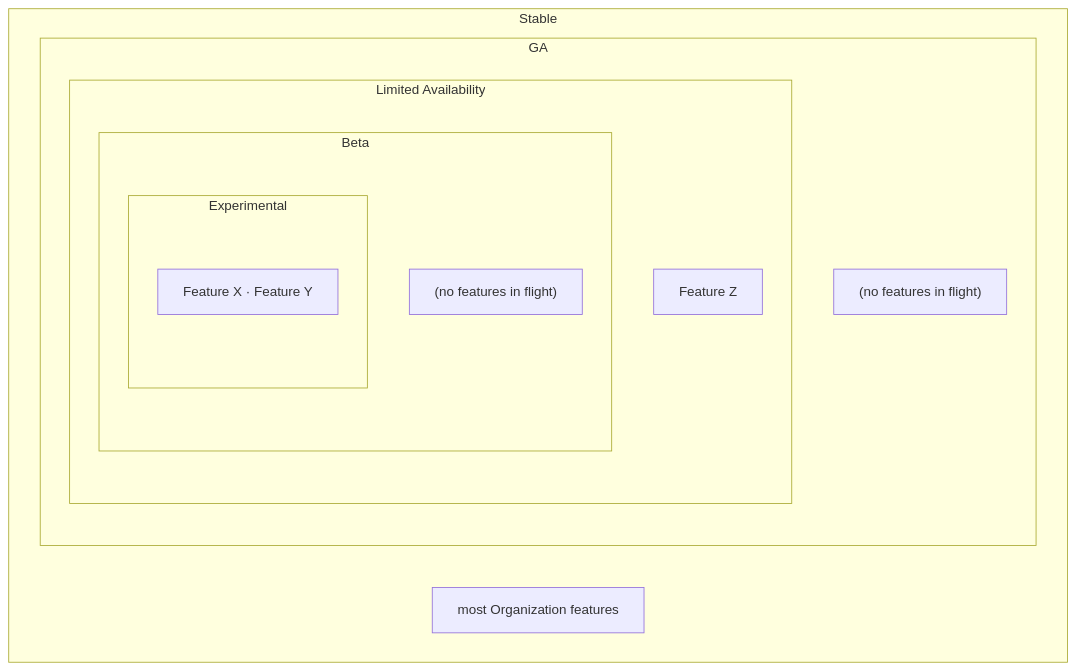
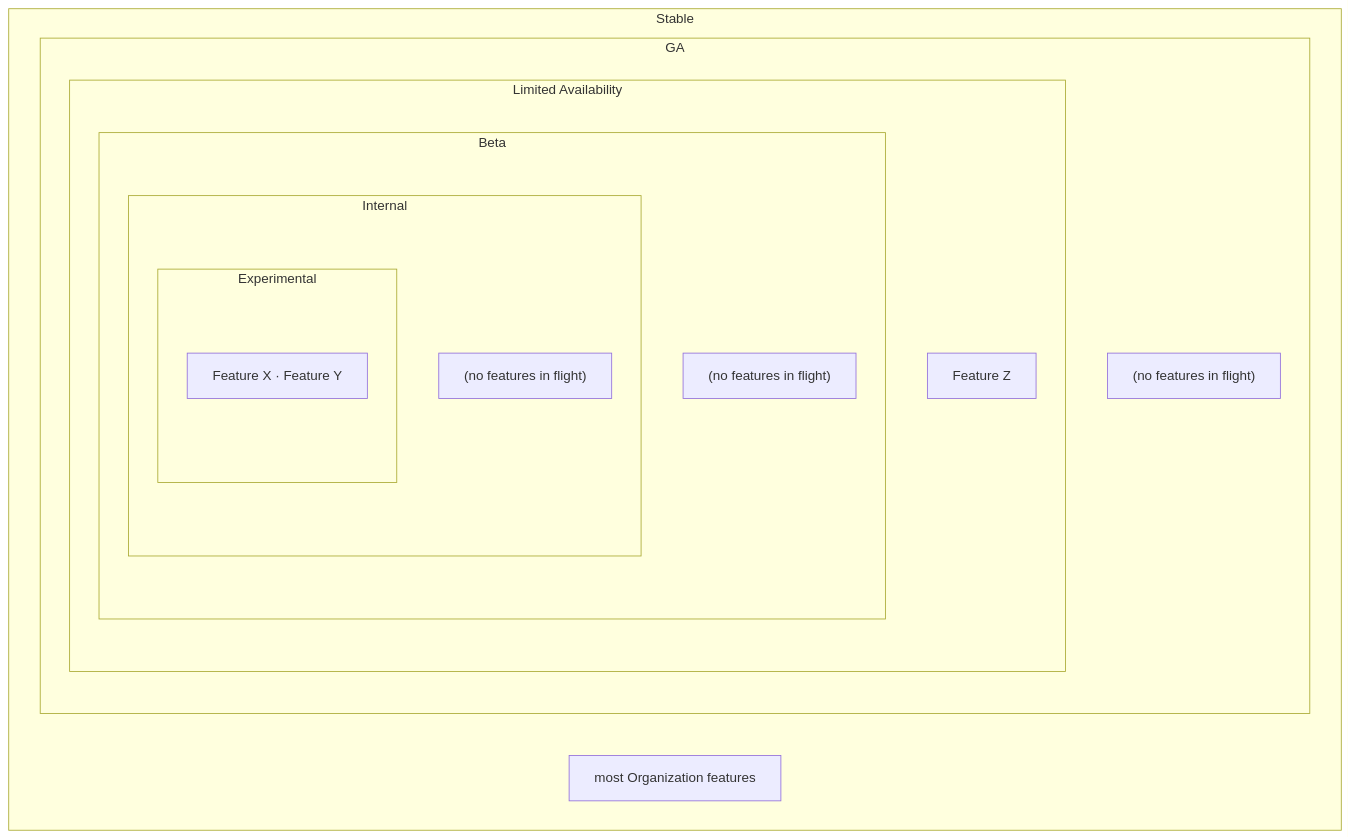
One commit to kyama0/gitlab-handbook-ja changed the first of 3 diagrams in content/handbook/engineering/infrastructure-platforms/tenant-scale/organizations/release-stages.md. Above: the diagram before and after it, drawn with Mermaid. The commit also changed other lines of this file and 20 other files, not shown here.

````diff
--- a/content/handbook/engineering/infrastructure-platforms/tenant-scale/organizations/release-stages.md
+++ b/content/handbook/engineering/infrastructure-platforms/tenant-scale/organizations/release-stages.md
@@ -37,18 +37,21 @@
 ```mermaid
 flowchart TB
   subgraph STABLE["Stable"]
     STABLEf["most Organization features"]
     subgraph GA["GA"]
       GAf["(no features in flight)"]
       subgraph LA["Limited Availability"]
         LAf["Feature Z"]
         subgraph BETA["Beta"]
           BETAf["(no features in flight)"]
-          subgraph EXP["Experimental"]
-            EXPf["Feature X · Feature Y"]
+          subgraph INTERNAL["Internal"]
+            INTERNALf["(no features in flight)"]
+            subgraph EXP["Experimental"]
+              EXPf["Feature X · Feature Y"]
+            end
           end
         end
       end
     end
   end
 ```
````
